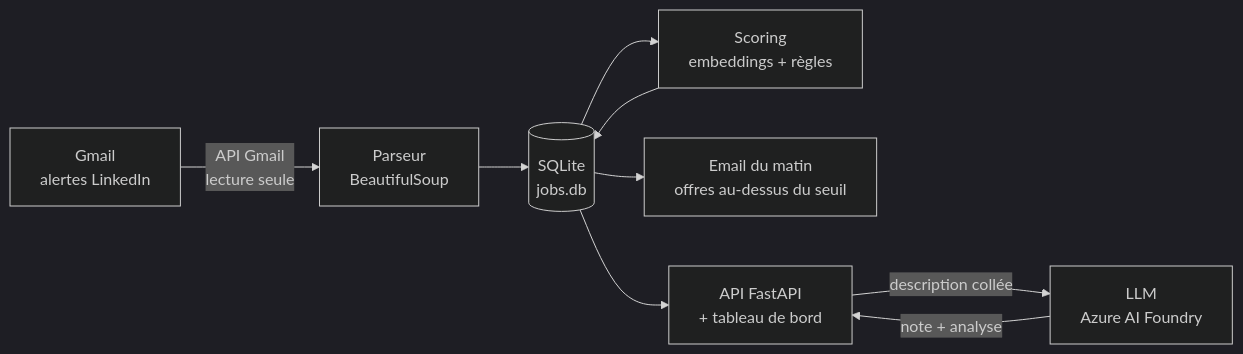
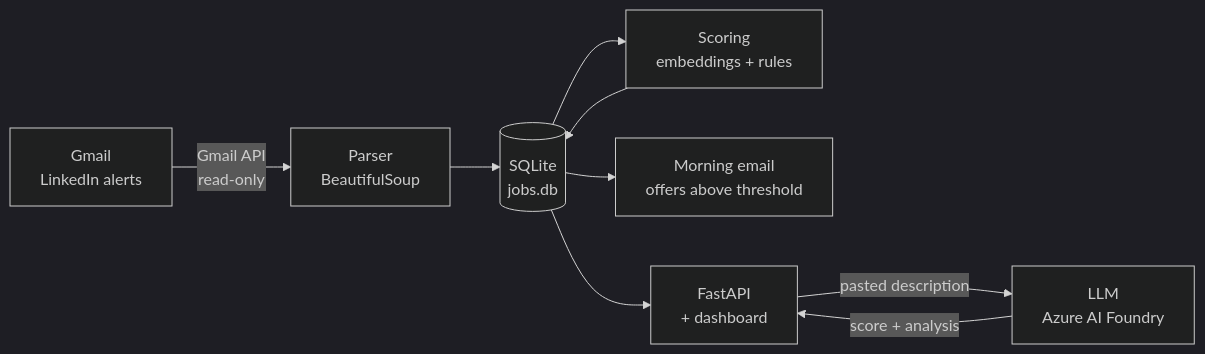
Before and after one commit to Mustafalou/Job-Radar: the first of 2 diagrams in README.md, drawn with Mermaid (dark theme). The commit also changed other lines of this file and 6 other files, not shown here.

````diff
--- a/README.md
+++ b/README.md
@@ -18,11 +20,11 @@
 ```mermaid
 flowchart LR
-    A[Gmail<br/>alertes LinkedIn] -->|API Gmail<br/>lecture seule| B[Parseur<br/>BeautifulSoup]
+    A[Gmail<br/>LinkedIn alerts] -->|Gmail API<br/>read-only| B[Parser<br/>BeautifulSoup]
     B --> C[(SQLite<br/>jobs.db)]
-    C --> D[Scoring<br/>embeddings + règles]
+    C --> D[Scoring<br/>embeddings + rules]
     D --> C
-    C --> E[Email du matin<br/>offres au-dessus du seuil]
-    C --> F[API FastAPI<br/>+ tableau de bord]
-    F -->|description collée| L[LLM<br/>Azure AI Foundry]
-    L -->|note + analyse| F
+    C --> E[Morning email<br/>offers above threshold]
+    C --> F[FastAPI<br/>+ dashboard]
+    F -->|pasted description| L[LLM<br/>Azure AI Foundry]
+    L -->|score + analysis| F
 ```
````
